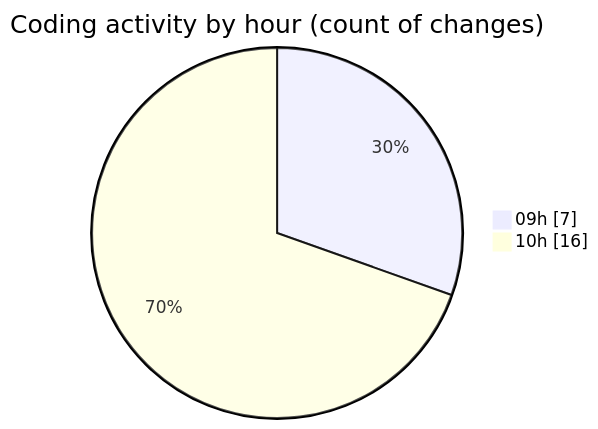
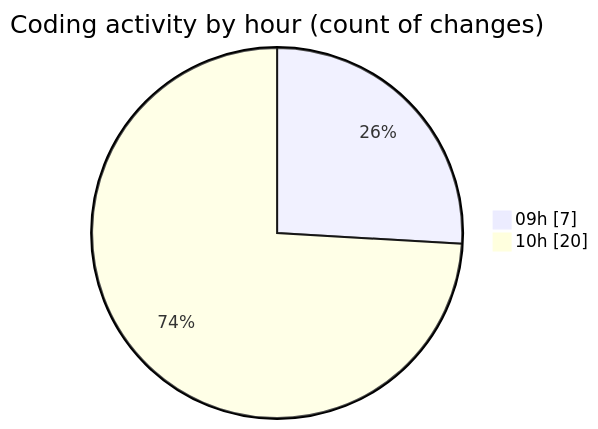
One commit to momahboobian/code-tracking changed the second of 2 diagrams in 2025-04-10/cda/README.md. Above: the diagram before and after it, drawn with Mermaid. The commit also changed other lines of this file and 1 other file, not shown here.

````diff
--- a/2025-04-10/cda/README.md
+++ b/2025-04-10/cda/README.md
@@ -31,6 +31,6 @@
 ```mermaid
 pie showData
 title Coding activity by hour (count of changes)
 "09h" : 7
-"10h" : 16
+"10h" : 20
 ```
````
